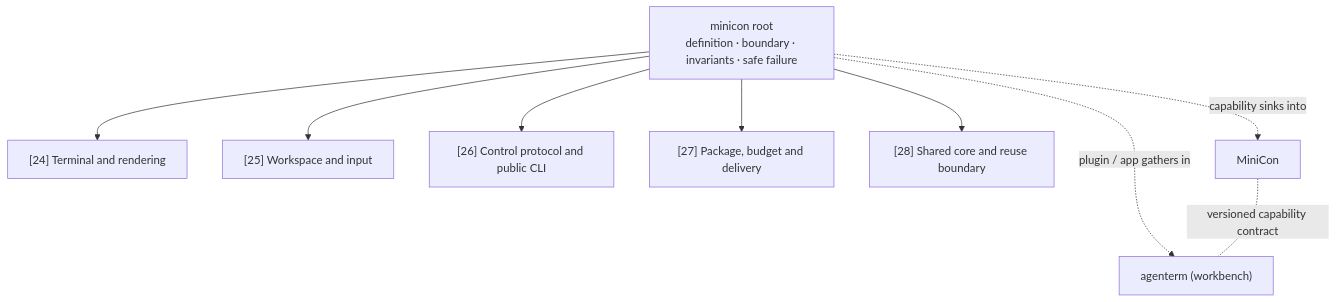
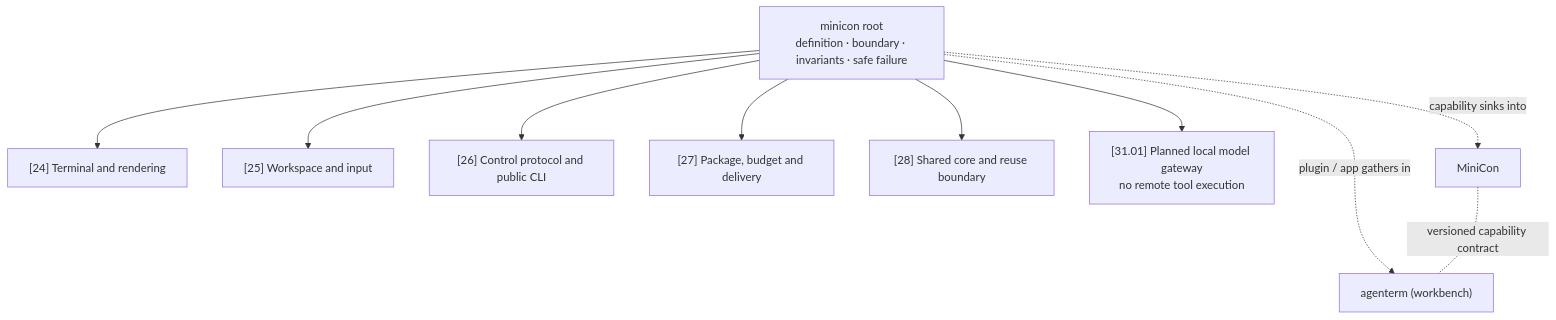
One commit to partnernetsoftware/minicon changed the diagram in prd/PRD_02_23_minicon.md. Above: the diagram before and after it, drawn with Mermaid. The commit also changed other lines of this file and 65 other files, not shown here.

Commit message:
feat: connect local harness gateway and unify browser controls

````diff
--- a/prd/PRD_02_23_minicon.md
+++ b/prd/PRD_02_23_minicon.md
@@ -44,12 +45,13 @@
 ```mermaid
 flowchart TB
     ROOT["minicon root<br/>definition · boundary · invariants · safe failure"]
     ROOT --> T["[24] Terminal and rendering"]
     ROOT --> W["[25] Workspace and input"]
     ROOT --> C["[26] Control protocol and public CLI"]
     ROOT --> D["[27] Package, budget and delivery"]
     ROOT --> S["[28] Shared core and reuse boundary"]
+    ROOT --> G["[31.01] Planned local model gateway<br/>no remote tool execution"]
     ROOT -. "capability sinks into" .-> MC["MiniCon"]
     ROOT -. "plugin / app gathers in" .-> AG["agenterm (workbench)"]
     MC -. "versioned capability contract" .- AG
 ```
````
